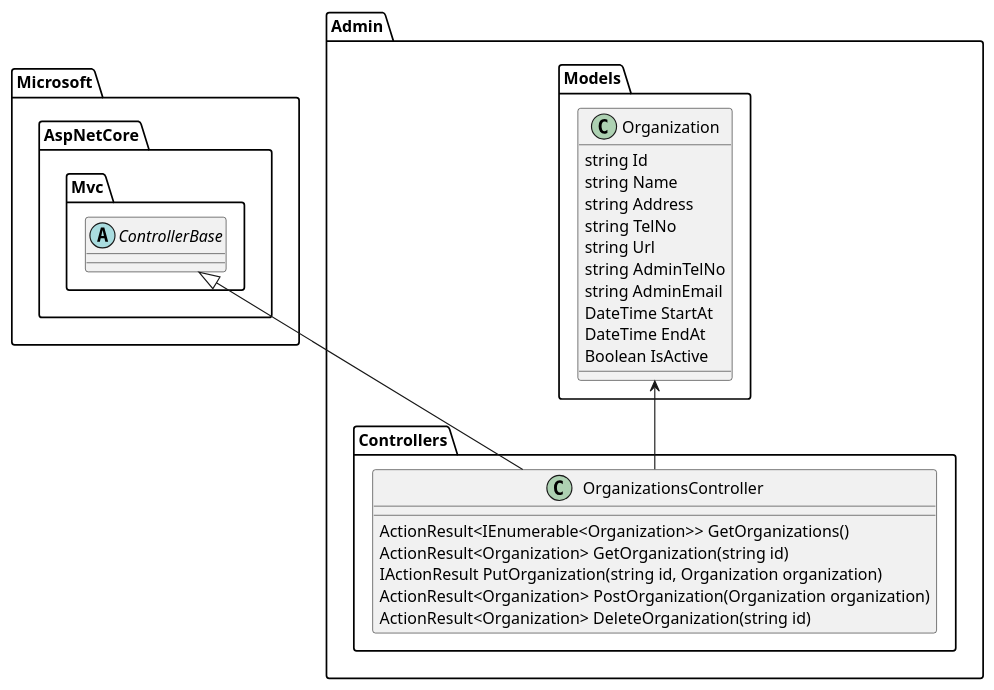
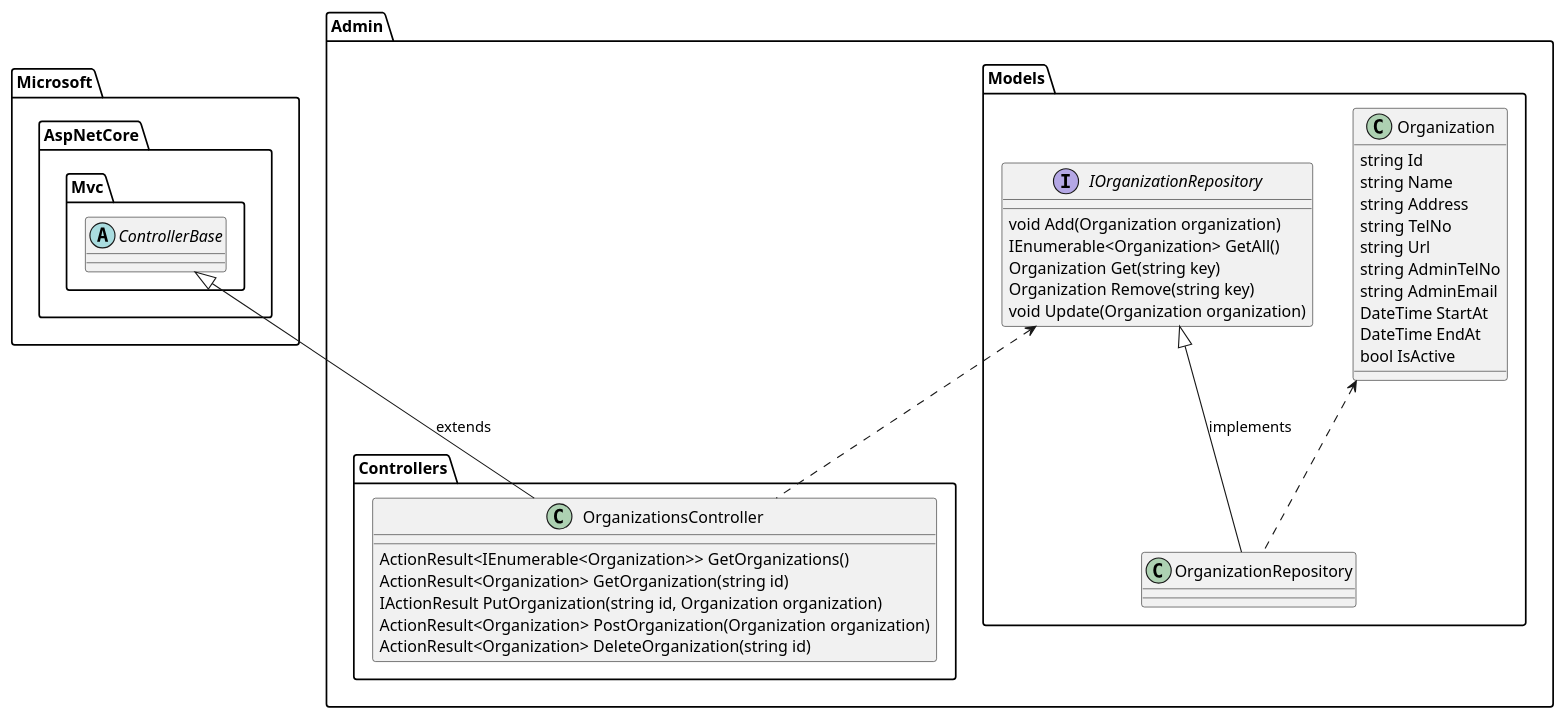
The diagram in Admin/Docs/Organization.puml (hugaohhh/JinCreek.Server), drawn with PlantUML before and after one commit. The commit also changed 5 other files, not shown here.

```diff
--- a/Admin/Docs/Organization.puml
+++ b/Admin/Docs/Organization.puml
@@ -5,29 +5,39 @@
 @startuml
 
 abstract class Microsoft.AspNetCore.Mvc.ControllerBase
 
 class Admin.Controllers.OrganizationsController {
     ActionResult<IEnumerable<Organization>> GetOrganizations()
     ActionResult<Organization> GetOrganization(string id)
     IActionResult PutOrganization(string id, Organization organization)
     ActionResult<Organization> PostOrganization(Organization organization)
     ActionResult<Organization> DeleteOrganization(string id)
 }
 
 class Admin.Models.Organization {
     string Id
     string Name
     string Address
     string TelNo
     string Url
     string AdminTelNo
     string AdminEmail
     DateTime StartAt
     DateTime EndAt
-    Boolean IsActive
+    bool IsActive
 }
 
-Microsoft.AspNetCore.Mvc.ControllerBase <|-- Admin.Controllers.OrganizationsController
-Admin.Models.Organization <-- Admin.Controllers.OrganizationsController
+interface Admin.Models.IOrganizationRepository {
+    void Add(Organization organization)
+    IEnumerable<Organization> GetAll()
+    Organization Get(string key)
+    Organization Remove(string key)
+    void Update(Organization organization)
+}
+
+Admin.Models.IOrganizationRepository <|-- Admin.Models.OrganizationRepository : implements
+Microsoft.AspNetCore.Mvc.ControllerBase <|-- Admin.Controllers.OrganizationsController : extends
+Admin.Models.IOrganizationRepository <.. Admin.Controllers.OrganizationsController
+Admin.Models.Organization <.. Admin.Models.OrganizationRepository
 
 @enduml
```
